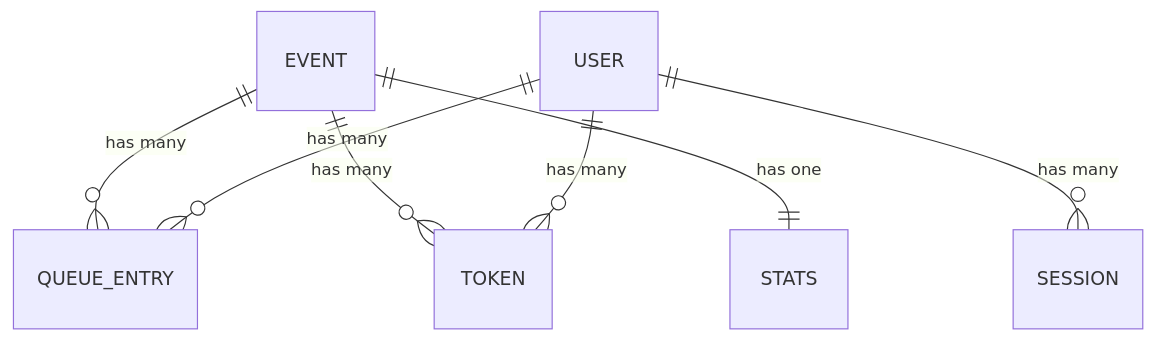
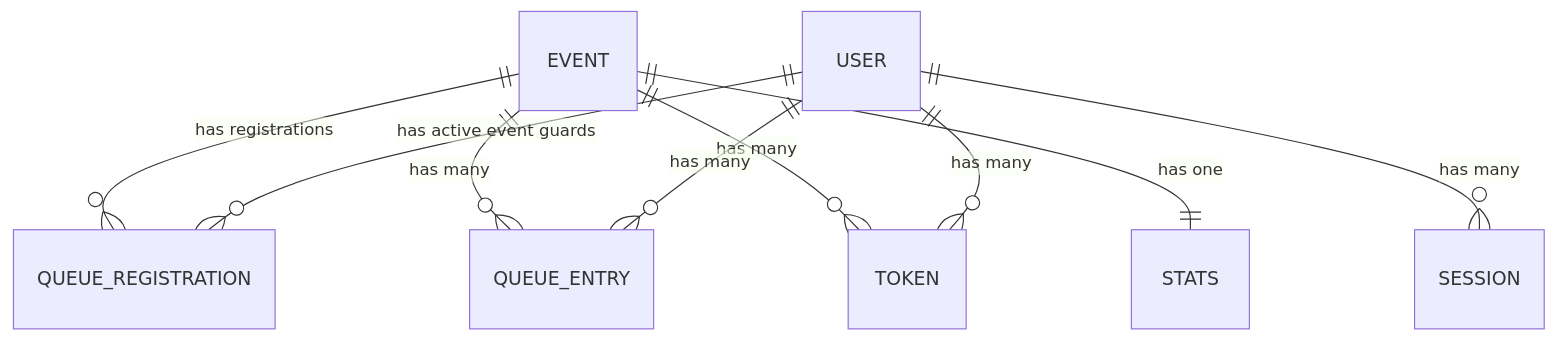
Before and after one commit to Afffan16/football-virtual-waiting-room: the second of 5 diagrams in docs/04-data-model.md, drawn with Mermaid. The commit also changed other lines of this file and 38 other files, not shown here.

````diff
--- a/docs/04-data-model.md
+++ b/docs/04-data-model.md
@@ -101,9 +105,11 @@
 ```mermaid
 erDiagram
+    EVENT ||--o{ QUEUE_REGISTRATION : "has registrations"
     EVENT ||--o{ QUEUE_ENTRY : "has many"
     EVENT ||--o{ TOKEN : "has many"
     EVENT ||--|| STATS : "has one"
+    USER ||--o{ QUEUE_REGISTRATION : "has active event guards"
     USER ||--o{ QUEUE_ENTRY : "has many"
     USER ||--o{ TOKEN : "has many"
     USER ||--o{ SESSION : "has many"
 ```
````
